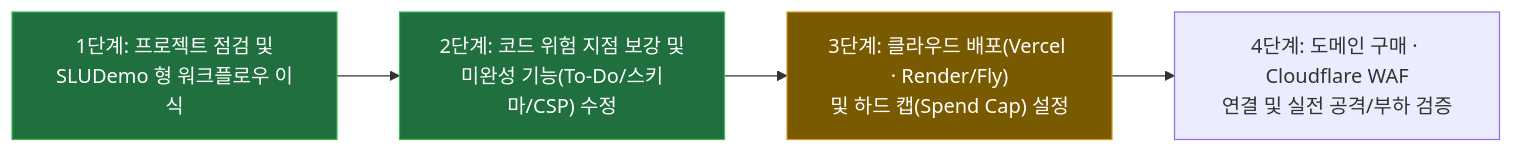
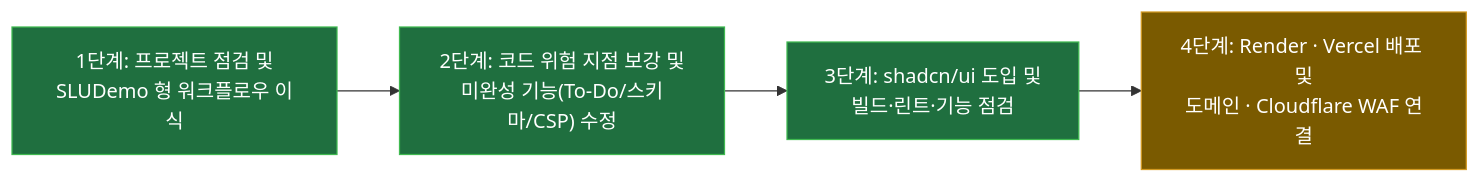
Before and after one commit to kimyounghwan7/Personal-Hub: the diagram in docs/status.md, drawn with Mermaid. The commit also changed other lines of this file and 3 other files, not shown here.

````diff
--- a/docs/status.md
+++ b/docs/status.md
@@ -11,9 +11,10 @@
 ```mermaid
 flowchart LR
     A["1단계: 프로젝트 점검 및<br/>SLUDemo 형 워크플로우 이식"] --> B["2단계: 코드 위험 지점 보강 및<br/>미완성 기능(To-Do/스키마/CSP) 수정"]
-    B --> C["3단계: 클라우드 배포(Vercel · Render/Fly)<br/>및 하드 캡(Spend Cap) 설정"]
-    C --> D["4단계: 도메인 구매 · Cloudflare WAF<br/>연결 및 실전 공격/부하 검증"]
+    B --> C["3단계: shadcn/ui 도입 및<br/>빌드·린트·기능 점검"]
+    C --> D["4단계: Render · Vercel 배포 및<br/>도메인 · Cloudflare WAF 연결"]
     style A fill:#1f6f3f,stroke:#3fb950,color:#ffffff
     style B fill:#1f6f3f,stroke:#3fb950,color:#ffffff
-    style C fill:#7a5a00,stroke:#d29922,color:#ffffff
+    style C fill:#1f6f3f,stroke:#3fb950,color:#ffffff
+    style D fill:#7a5a00,stroke:#d29922,color:#ffffff
 ```
````
